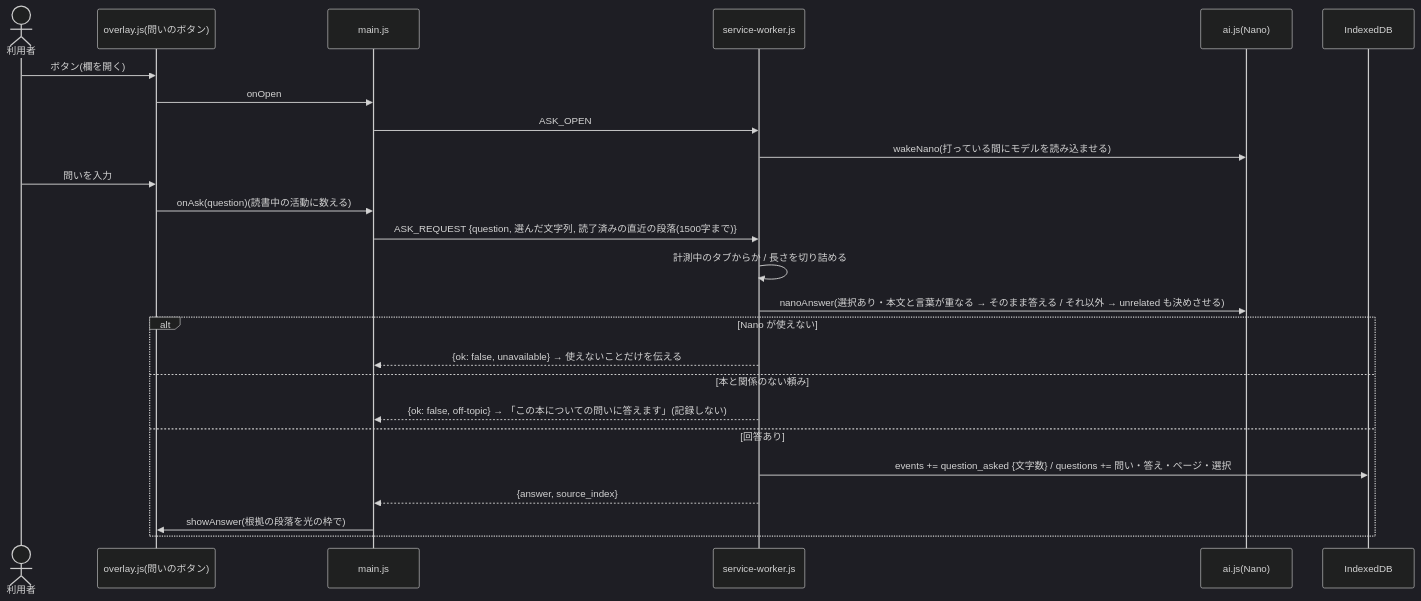
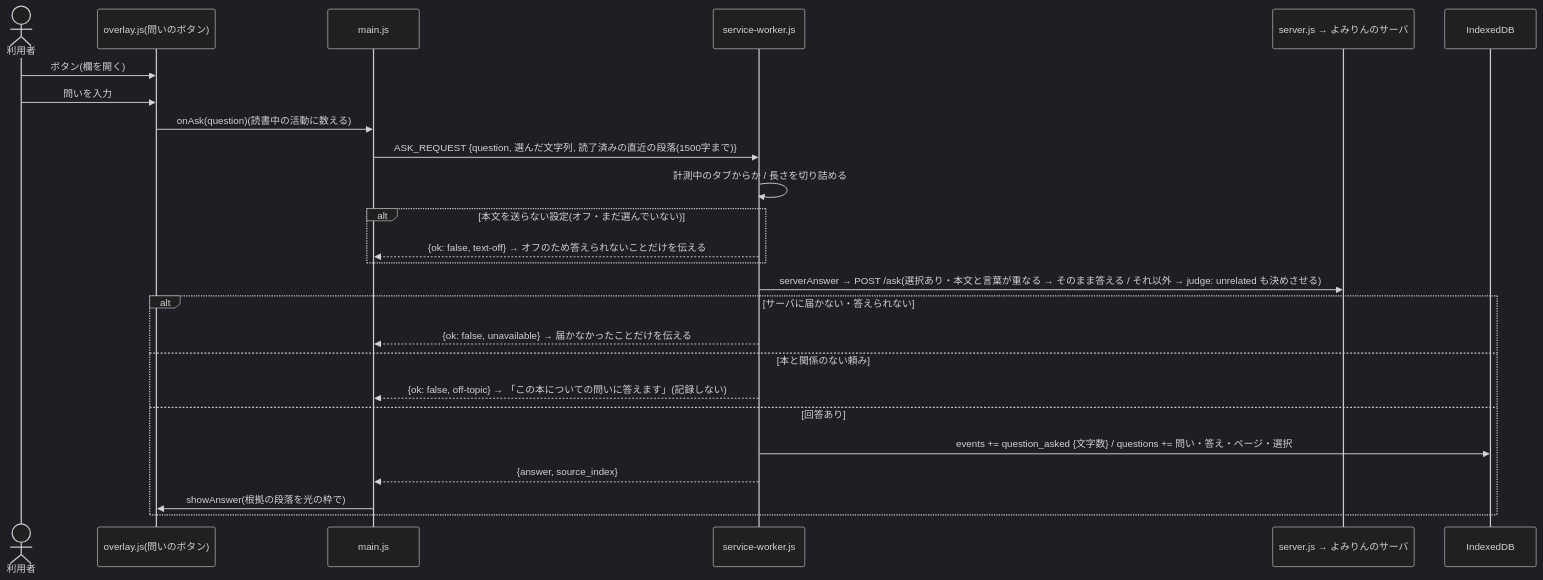
Before and after one commit to yukik8/yomirin: the sixth of 7 diagrams in docs/design.md, drawn with Mermaid (dark theme). The commit also changed other lines of this file and 23 other files, not shown here.

First line of the commit message:
Nano をやめ、突然クイズと問いへの答えをサーバ(/quiz・/ask)で作る。「本文を AI のサーバに送る」がオンのときだけ本文の一部を送る(ストア版も)・PRIVACY.md を更新 (v0.30)

````diff
--- a/docs/design.md
+++ b/docs/design.md
@@ -760,28 +772,28 @@
 ```mermaid
 sequenceDiagram
   actor U as 利用者
   participant O as overlay.js(問いのボタン)
   participant M as main.js
   participant SW as service-worker.js
-  participant AI as ai.js(Nano)
+  participant SV as server.js → よみりんのサーバ
   participant DB as IndexedDB
 
   U->>O: ボタン(欄を開く)
-  O->>M: onOpen
-  M->>SW: ASK_OPEN
-  SW->>AI: wakeNano(打っている間にモデルを読み込ませる)
   U->>O: 問いを入力
   O->>M: onAsk(question)(読書中の活動に数える)
   M->>SW: ASK_REQUEST {question, 選んだ文字列, 読了済みの直近の段落(1500字まで)}
   SW->>SW: 計測中のタブからか / 長さを切り詰める
-  SW->>AI: nanoAnswer(選択あり・本文と言葉が重なる → そのまま答える / それ以外 → unrelated も決めさせる)
-  alt Nano が使えない
-    SW-->>M: {ok: false, unavailable} → 使えないことだけを伝える
+  alt 本文を送らない設定(オフ・まだ選んでいない)
+    SW-->>M: {ok: false, text-off} → オフのため答えられないことだけを伝える
+  end
+  SW->>SV: serverAnswer → POST /ask(選択あり・本文と言葉が重なる → そのまま答える / それ以外 → judge: unrelated も決めさせる)
+  alt サーバに届かない・答えられない
+    SW-->>M: {ok: false, unavailable} → 届かなかったことだけを伝える
   else 本と関係のない頼み
     SW-->>M: {ok: false, off-topic} → 「この本についての問いに答えます」(記録しない)
   else 回答あり
     SW->>DB: events += question_asked {文字数} / questions += 問い・答え・ページ・選択
     SW-->>M: {answer, source_index}
     M->>O: showAnswer(根拠の段落を光の枠で)
   end
 ```
````
